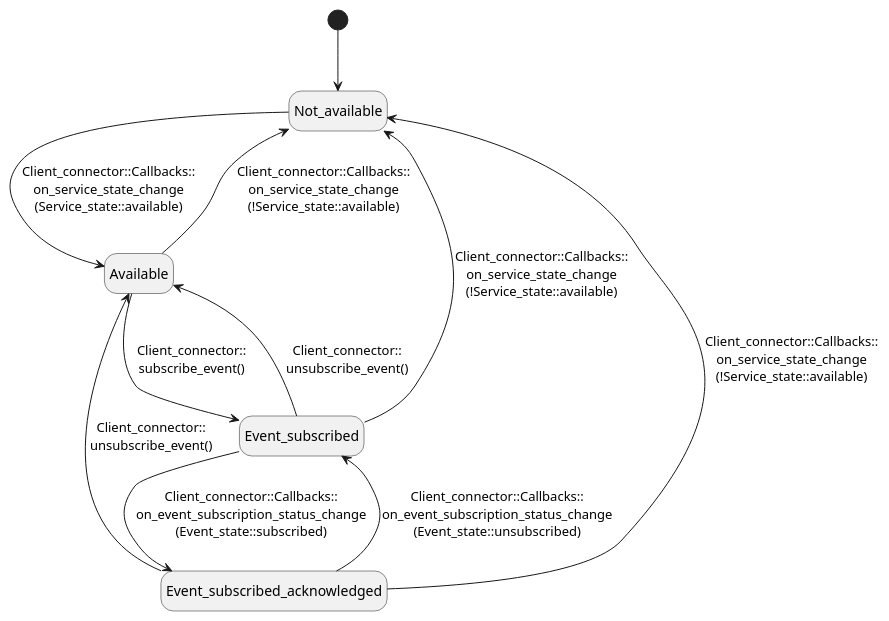
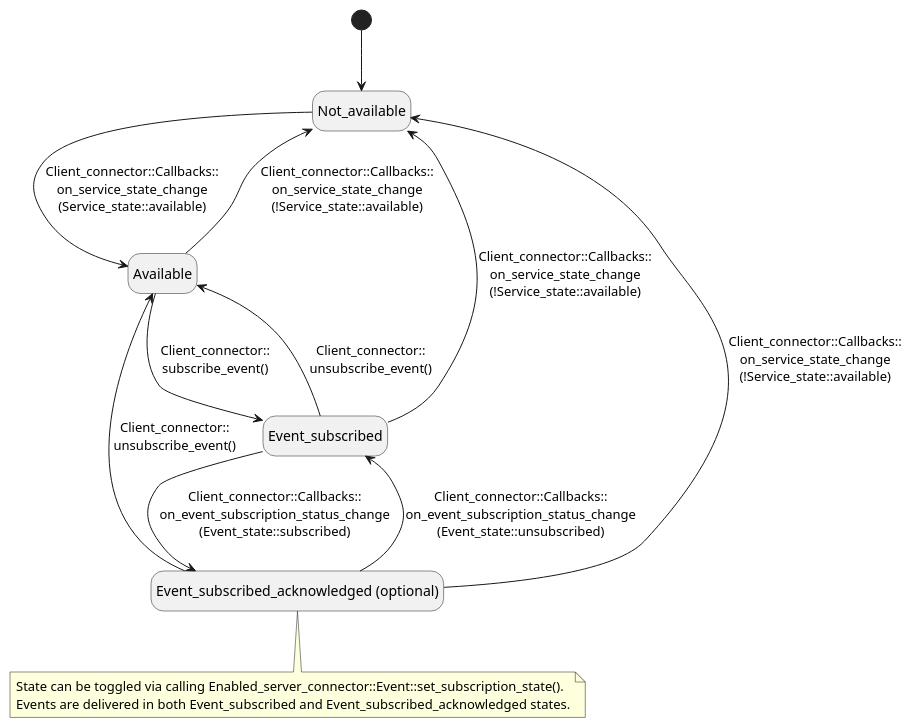
Before and after one commit to eclipse-score/inc_someip_gateway: the diagram in src/socom/doc/design/models/state_diagram_event_subscription_state.puml, drawn with PlantUML.

Commit message:
add comment to optional state

```diff
--- a/src/socom/doc/design/models/state_diagram_event_subscription_state.puml
+++ b/src/socom/doc/design/models/state_diagram_event_subscription_state.puml
@@ -14,22 +14,28 @@
 @startuml
 hide empty description
 
 state Not_available
 state Available
 state Event_subscribed
-state Event_subscribed_acknowledged
+state Event_subscribed_acknowledged as "Event_subscribed_acknowledged (optional)"
 
 [*] --> Not_available
 Not_available --> Available: Client_connector::Callbacks::\non_service_state_change\n(Service_state::available)
 
 Available --> Not_available: Client_connector::Callbacks::\non_service_state_change\n(!Service_state::available)
 Available --> Event_subscribed: Client_connector::\nsubscribe_event()
 
 Event_subscribed --> Available: Client_connector::\nunsubscribe_event()
 Event_subscribed --> Event_subscribed_acknowledged: Client_connector::Callbacks::\non_event_subscription_status_change\n(Event_state::subscribed)
 Event_subscribed --> Not_available: Client_connector::Callbacks::\non_service_state_change\n(!Service_state::available)
 
 Event_subscribed_acknowledged --> Available: Client_connector::\nunsubscribe_event()
 Event_subscribed_acknowledged --> Event_subscribed: Client_connector::Callbacks::\non_event_subscription_status_change\n(Event_state::unsubscribed)
 Event_subscribed_acknowledged --> Not_available: Client_connector::Callbacks::\non_service_state_change\n(!Service_state::available)
+
+note bottom of Event_subscribed_acknowledged
+  State can be toggled via calling Enabled_server_connector::Event::set_subscription_state().
+  Events are delivered in both Event_subscribed and Event_subscribed_acknowledged states.
+end note
+
 @enduml
```
